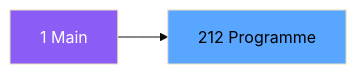
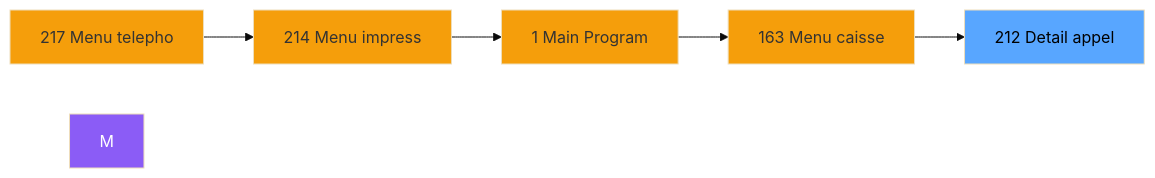
One commit to thonyAGP/magic-migration changed the second of 3 diagrams in .openspec/specs/ADH-IDE-212.md. Above: the diagram before and after it, drawn with Mermaid (base theme). The commit also changed other lines of this file and 323 other files, not shown here.

````diff
--- a/.openspec/specs/ADH-IDE-212.md
+++ b/.openspec/specs/ADH-IDE-212.md
@@ -99,8 +110,18 @@
 ```mermaid
 graph LR
-    M[1 Main]
-    T[212 Programme]
-    M --> T
+    N217[217 Menu telepho]
+    N214[214 Menu impress]
+    N1[1 Main Program]
+    N163[163 Menu caisse ]
+    T[212 Detail appel]
+    N217 --> N214
+    N214 --> N1
+    N1 --> N163
+    N163 --> T
     style M fill:#8b5cf6,color:#fff
+    style N217 fill:#f59e0b
+    style N214 fill:#f59e0b
+    style N1 fill:#f59e0b
+    style N163 fill:#f59e0b
     style T fill:#58a6ff,color:#000
 ```
````
